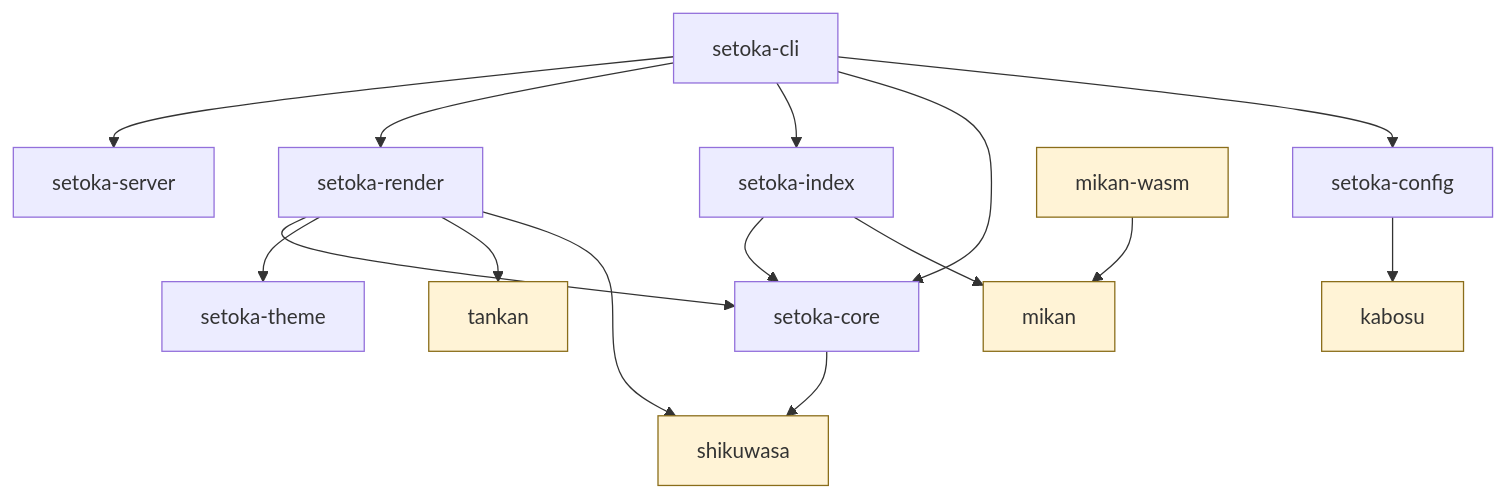
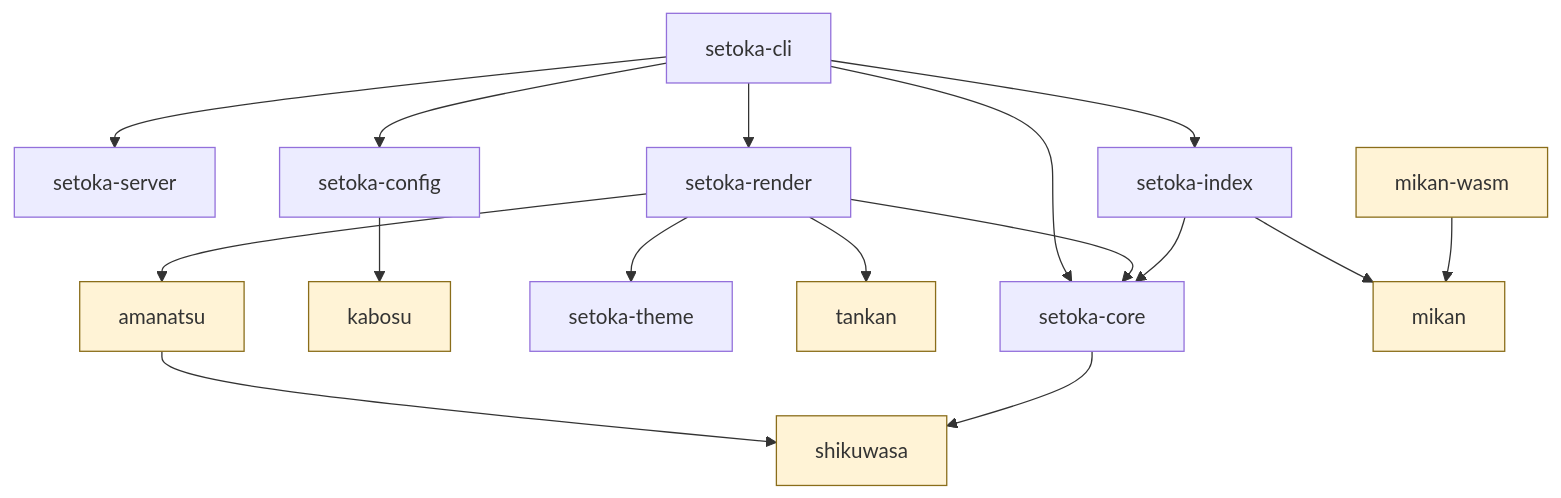
One commit to ai-implementer/setoka changed the diagram in docs/content/development/index.md. Above: the diagram before and after it, drawn with Mermaid. The commit also changed other lines of this file and 19 other files, not shown here.

First line of the commit message:
refactor: API 仕様の HTML 化を crate amanatsu に切り出す（Phase 103）

````diff
--- a/docs/content/development/index.md
+++ b/docs/content/development/index.md
@@ -36,19 +37,20 @@
 ```mermaid
 flowchart TD
     CLI[setoka-cli] --> SRV[setoka-server]
     CLI --> REN[setoka-render]
     CLI --> IDX[setoka-index]
     CLI --> CORE[setoka-core]
     CLI --> CFG[setoka-config]
     CFG --> KAB[kabosu]
     REN --> CORE
     REN --> THEME[setoka-theme]
     REN --> TAN[tankan]
-    REN --> YAML[shikuwasa]
+    REN --> API[amanatsu]
+    API --> YAML[shikuwasa]
     CORE --> YAML
     IDX --> CORE
     IDX --> FMT[mikan]
     WASM[mikan-wasm] --> FMT
     classDef generic fill:#fff3d6,stroke:#8a6d1a
-    class TAN,FMT,WASM,KAB,YAML generic
+    class TAN,FMT,WASM,KAB,YAML,API generic
 ```
````
